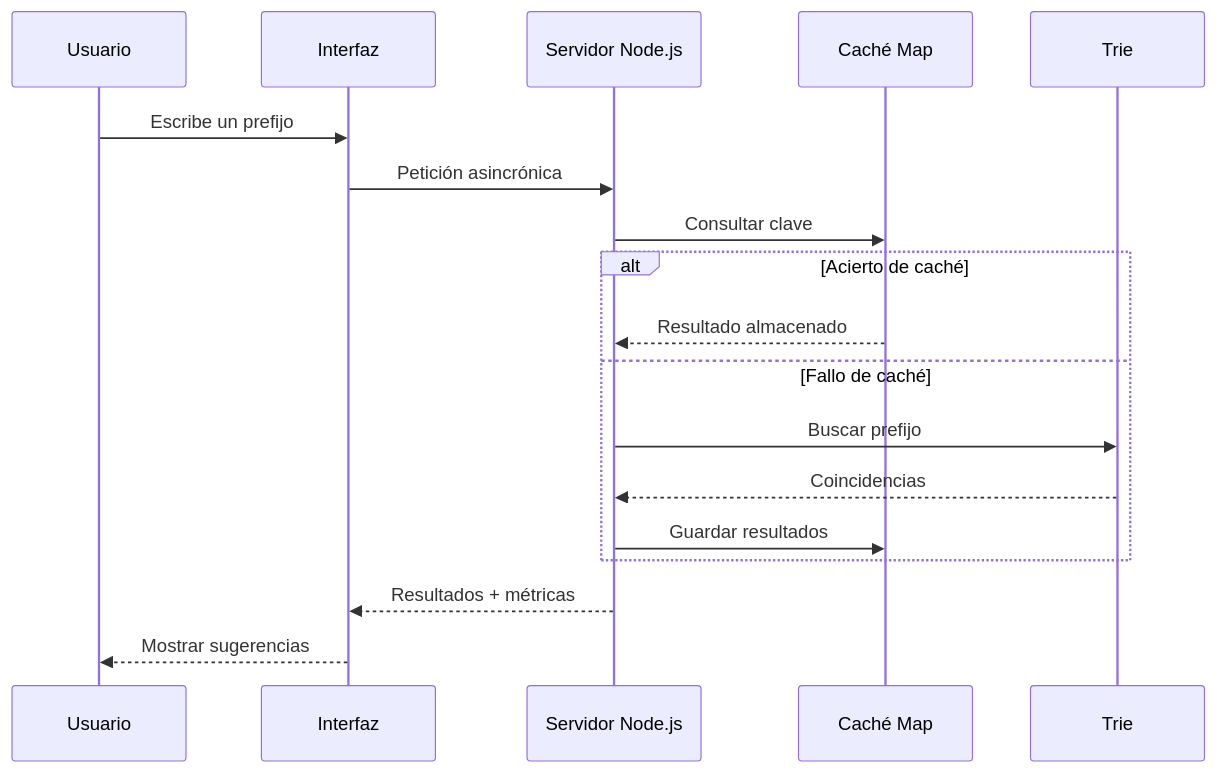
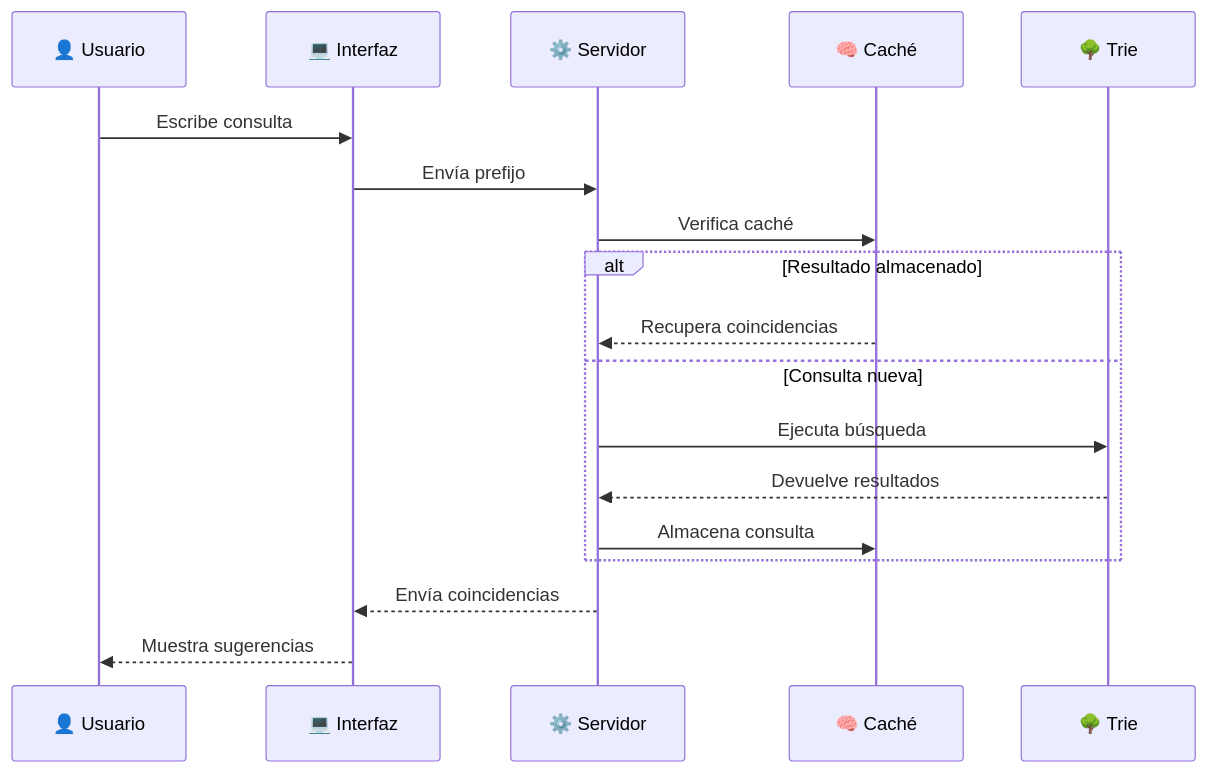
One commit to yimmyangulotorres-ui/POO changed the third of 3 diagrams in README.md. Above: the diagram before and after it, drawn with Mermaid. The commit also changed other lines of this file, not shown here.

````diff
--- a/README.md
+++ b/README.md
@@ -296,21 +213,21 @@
 ```mermaid
 sequenceDiagram
-    participant U as Usuario
-    participant I as Interfaz
-    participant S as Servidor Node.js
-    participant C as Caché Map
-    participant T as Trie
+    participant U as 👤 Usuario
+    participant W as 💻 Interfaz
+    participant S as ⚙️ Servidor
+    participant C as 🧠 Caché
+    participant T as 🌳 Trie
 
-    U->>I: Escribe un prefijo
-    I->>S: Petición asincrónica
-    S->>C: Consultar clave
-    alt Acierto de caché
-        C-->>S: Resultado almacenado
-    else Fallo de caché
-        S->>T: Buscar prefijo
-        T-->>S: Coincidencias
-        S->>C: Guardar resultados
+    U->>W: Escribe consulta
+    W->>S: Envía prefijo
+    S->>C: Verifica caché
+    alt Resultado almacenado
+        C-->>S: Recupera coincidencias
+    else Consulta nueva
+        S->>T: Ejecuta búsqueda
+        T-->>S: Devuelve resultados
+        S->>C: Almacena consulta
     end
-    S-->>I: Resultados + métricas
-    I-->>U: Mostrar sugerencias
+    S-->>W: Envía coincidencias
+    W-->>U: Muestra sugerencias
 ```
````
